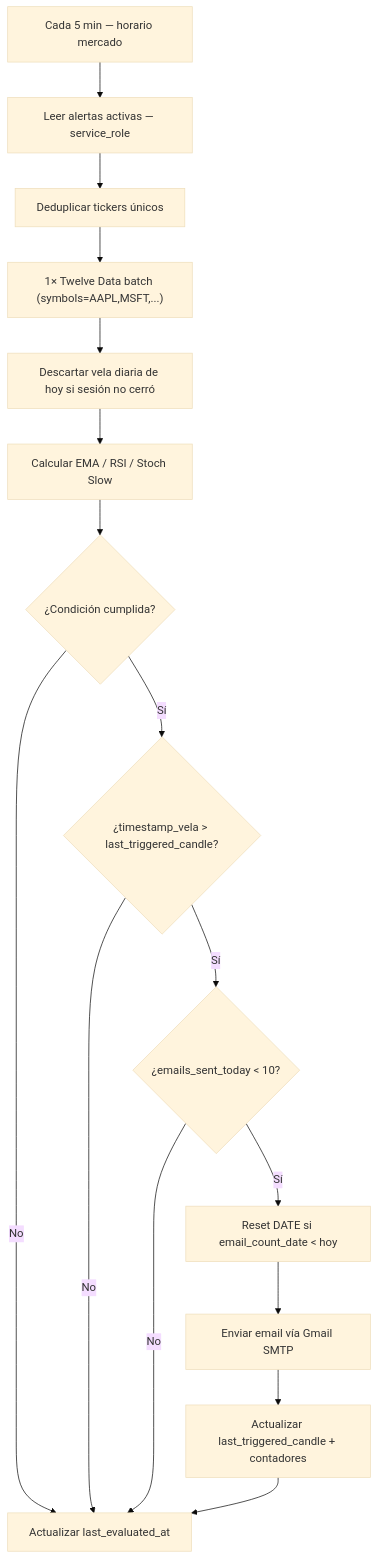
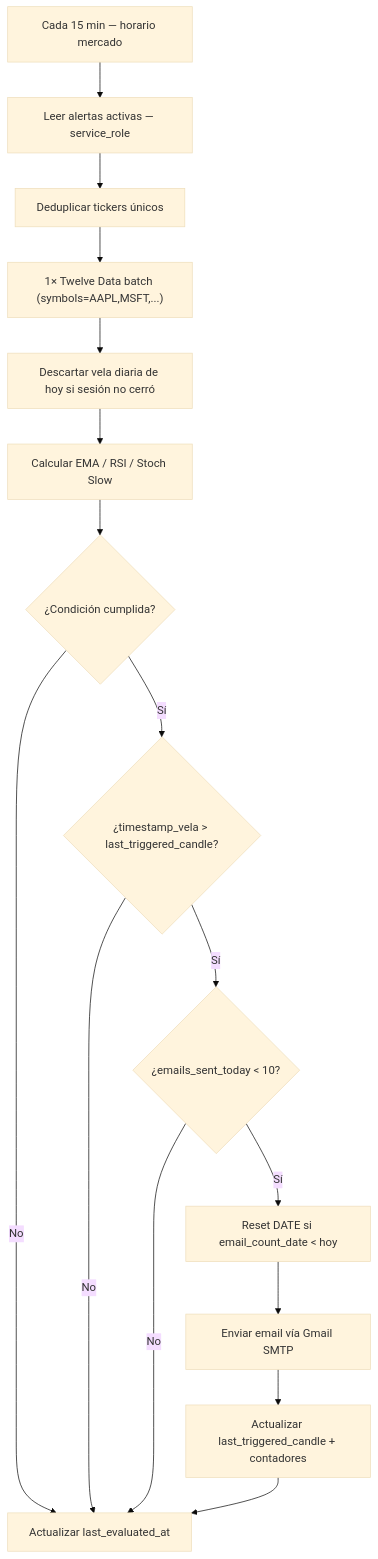
Before and after one commit to boshaftaf-rgb/finanzas-Alarma: the first of 2 diagrams in docs/ARCHITECTURE.md, drawn with Mermaid (base theme). The commit also changed other lines of this file and 18 other files, not shown here.

````diff
--- a/docs/ARCHITECTURE.md
+++ b/docs/ARCHITECTURE.md
@@ -289,18 +291,18 @@
 ```mermaid
 flowchart TD
-    A[Cada 5 min — horario mercado] --> B[Leer alertas activas — service_role]
+    A[Cada 15 min — horario mercado] --> B[Leer alertas activas — service_role]
     B --> C[Deduplicar tickers únicos]
     C --> D["1× Twelve Data batch (symbols=AAPL,MSFT,...)"]
     D --> D2[Descartar vela diaria de hoy si sesión no cerró]
     D2 --> E[Calcular EMA / RSI / Stoch Slow]
     E --> F{¿Condición cumplida?}
     F -->|No| G[Actualizar last_evaluated_at]
     F -->|Sí| H{¿timestamp_vela > last_triggered_candle?}
     H -->|No| G
     H -->|Sí| I{¿emails_sent_today < 10?}
     I -->|No| G
     I -->|Sí| J[Reset DATE si email_count_date < hoy]
     J --> K[Enviar email vía Gmail SMTP]
     K --> L[Actualizar last_triggered_candle + contadores]
     L --> G
 ```
````
